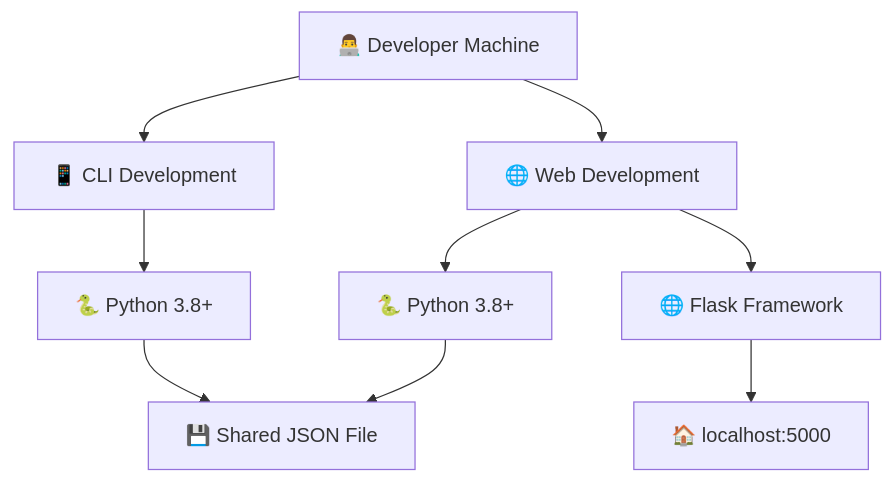
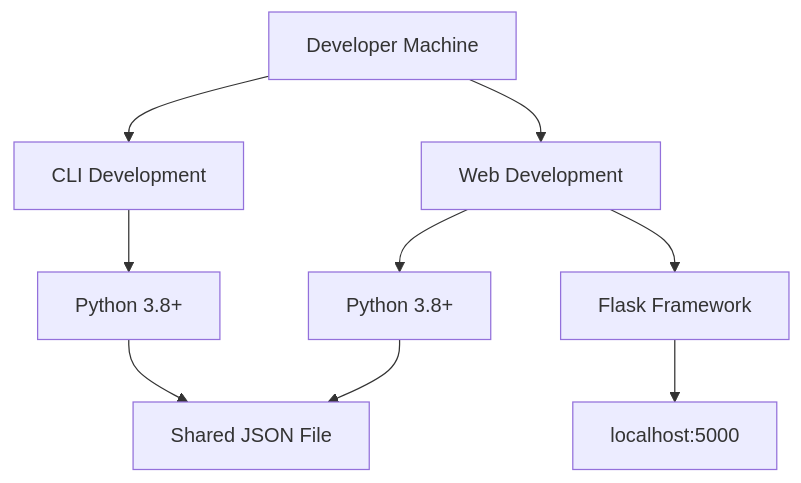
One commit to vickeycheng/AI_Test changed diagram 15 of 18 in shared/design_document.md. Above: the diagram before and after it, drawn with Mermaid. The commit also changed other lines of this file, not shown here.

````diff
--- a/shared/design_document.md
+++ b/shared/design_document.md
@@ -754,14 +754,14 @@
 ```mermaid
 graph TD
-    DEV[👨‍💻 Developer Machine] --> CLI_DEV[📱 CLI Development]
-    DEV --> WEB_DEV[🌐 Web Development]
-    
-    CLI_DEV --> PYTHON_CLI[🐍 Python 3.8+]
-    WEB_DEV --> PYTHON_WEB[🐍 Python 3.8+]
-    WEB_DEV --> FLASK_DEV[🌐 Flask Framework]
-    
-    PYTHON_CLI --> SHARED_DATA[💾 Shared JSON File]
-    PYTHON_WEB --> SHARED_DATA
-    
-    FLASK_DEV --> LOCALHOST[🏠 localhost:5000]
+ DEV[ Developer Machine] --> CLI_DEV[ CLI Development]
+ DEV --> WEB_DEV[ Web Development]
+ 
+ CLI_DEV --> PYTHON_CLI[Python 3.8+]
+ WEB_DEV --> PYTHON_WEB[Python 3.8+]
+ WEB_DEV --> FLASK_DEV[ Flask Framework]
+ 
+ PYTHON_CLI --> SHARED_DATA[ Shared JSON File]
+ PYTHON_WEB --> SHARED_DATA
+ 
+ FLASK_DEV --> LOCALHOST[ localhost:5000]
 ```
````
